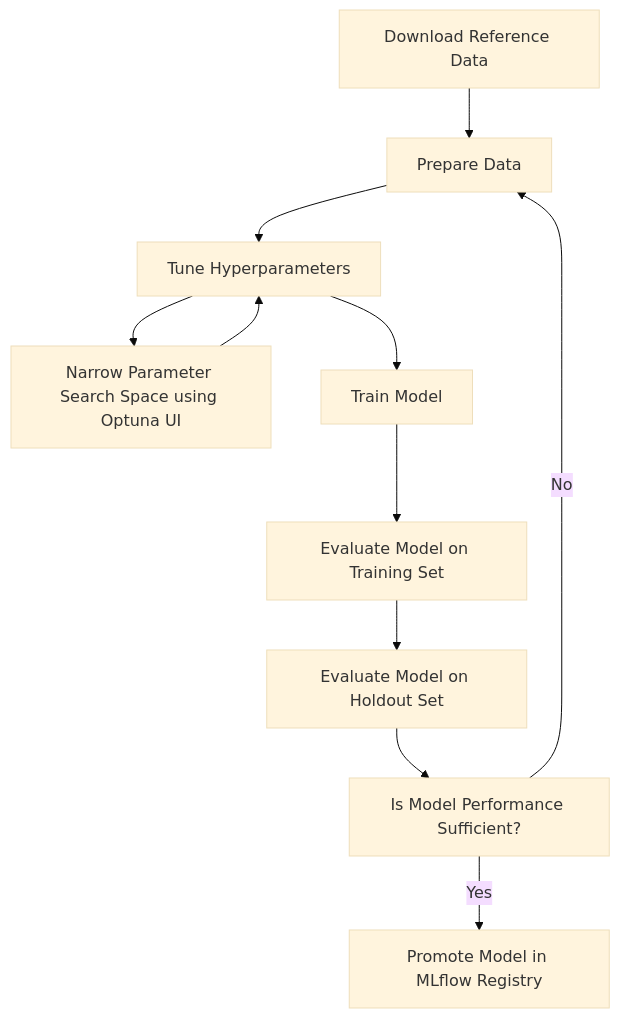
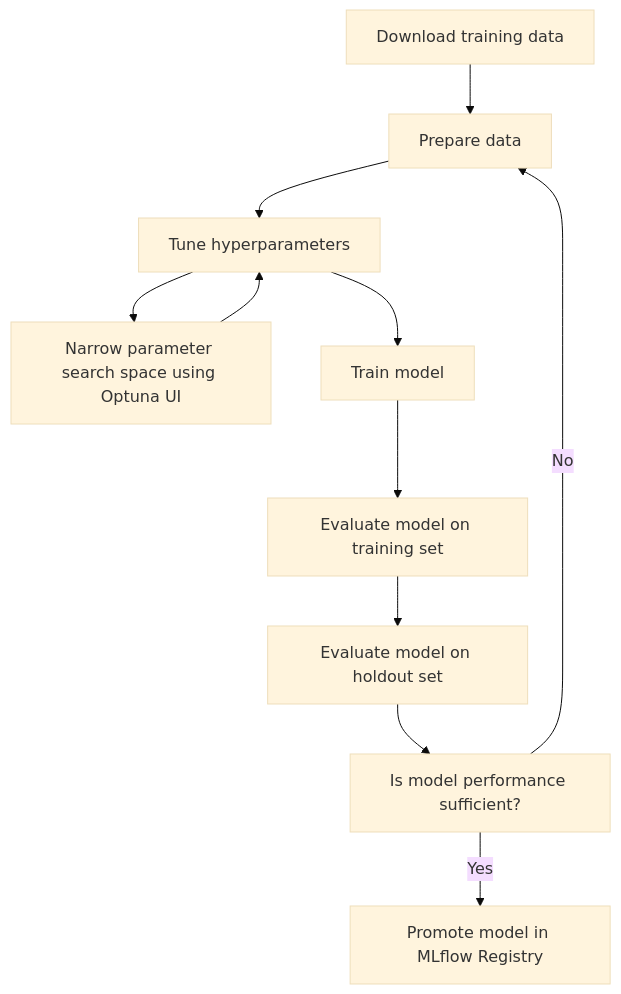
The first of 3 diagrams in README.md (paultongyoo/churn-model-evaluation-platform), drawn with Mermaid (base theme) before and after one commit. The commit also changed other lines of this file, not shown here.

````diff
--- a/README.md
+++ b/README.md
@@ -70,16 +70,16 @@
 ```mermaid
 flowchart TD
-    A[Download Reference Data]
-    B[Prepare Data]
-    C[Tune Hyperparameters]
-    D[Narrow Parameter Search Space using Optuna UI]
-    E[Train Model]
-    F[Evaluate Model on Training Set]
-    G[Evaluate Model on Holdout Set]
-    H[Is Model Performance Sufficient?]
-    I[Promote Model in MLflow Registry]
+    A[Download training data]
+    B[Prepare data]
+    C[Tune hyperparameters]
+    D[Narrow parameter search space using Optuna UI]
+    E[Train model]
+    F[Evaluate model on training set]
+    G[Evaluate model on holdout set]
+    H[Is model performance sufficient?]
+    I[Promote model in MLflow Registry]
     A --> B --> C --> E --> F --> G --> H;
     C --> D --> C;
     H --> |Yes| I;
     H --> |No| B;
 ```
````
